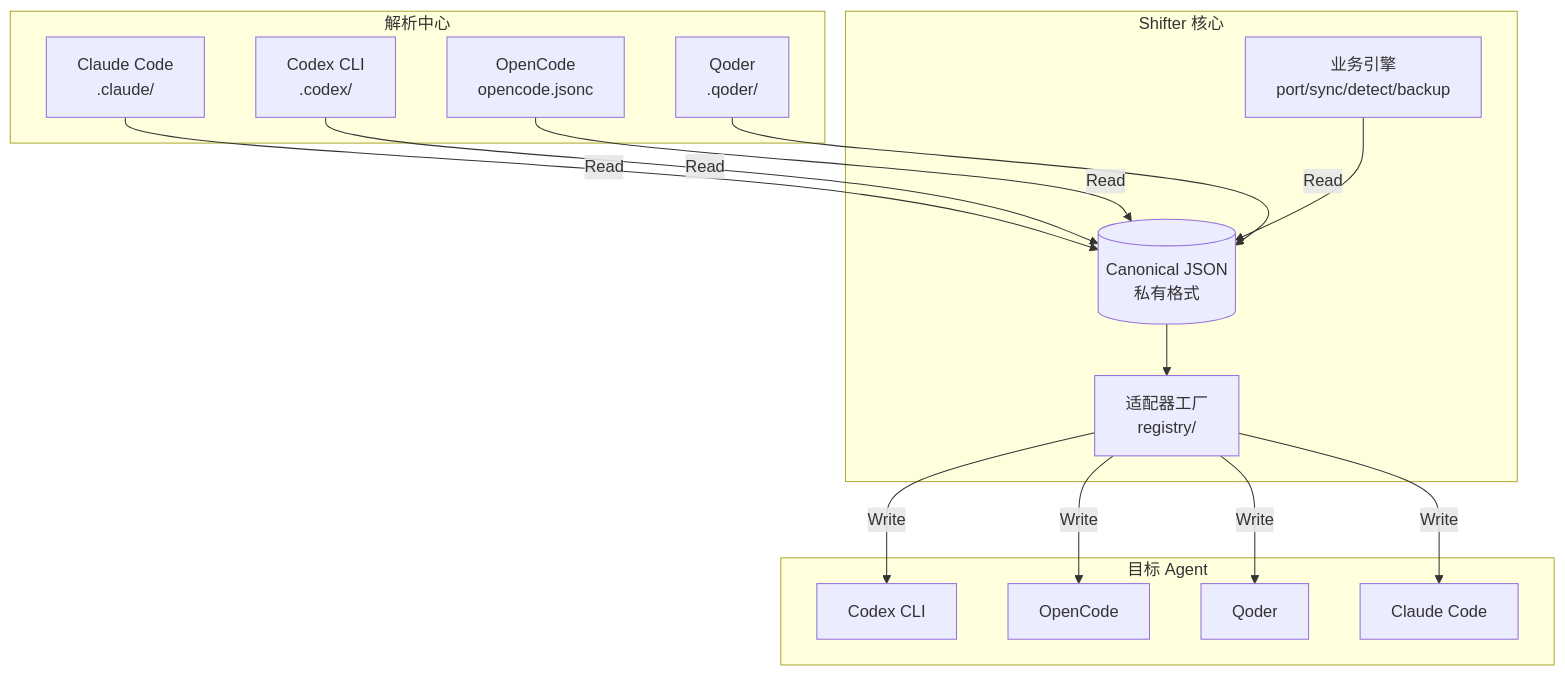
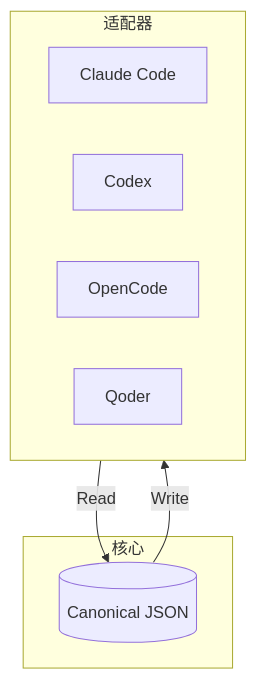
One commit to Moximxxx/shifter changed the second of 2 diagrams in README.zh-CN.md. Above: the diagram before and after it, drawn with Mermaid. The commit also changed other lines of this file and 1 other file, not shown here.

Commit message:
docs: simplify Mermaid diagrams — minimal and clean
- What It Does: Source Agent → Canonical JSON → Target Agent
- Architecture: Adapters ⇄ Canonical JSON (bidirectional)
- Removed excessive nodes, kept only the core concept

````diff
--- a/README.zh-CN.md
+++ b/README.zh-CN.md
@@ -102,33 +96,14 @@
 ```mermaid
 flowchart TB
-    subgraph Parsing[解析中心]
-        CC[Claude Code<br>.claude/]
-        CX[Codex CLI<br>.codex/]
-        OC[OpenCode<br>opencode.jsonc]
-        QD[Qoder<br>.qoder/]
+    subgraph 适配器
+        A1[Claude Code]
+        A2[Codex]
+        A3[OpenCode]
+        A4[Qoder]
     end
-
-    subgraph Core[Shifter 核心]
-        CAN[(Canonical JSON<br>私有格式)]
-        REG[适配器工厂<br>registry/]
-        ENG[业务引擎<br>port/sync/detect/backup]
+    subgraph 核心
+        Fmt[(Canonical JSON)]
     end
-
-    subgraph Target[目标 Agent]
-        TCX[Codex CLI]
-        TOC[OpenCode]
-        TQD[Qoder]
-        TCC[Claude Code]
-    end
-
-    CC -->|Read| CAN
-    CX -->|Read| CAN
-    OC -->|Read| CAN
-    QD -->|Read| CAN
-    CAN --> REG
-    REG -->|Write| TCX
-    REG -->|Write| TOC
-    REG -->|Write| TQD
-    REG -->|Write| TCC
-    ENG --> CAN
+    适配器 -->|Read| Fmt
+    Fmt -->|Write| 适配器
 ```
````
